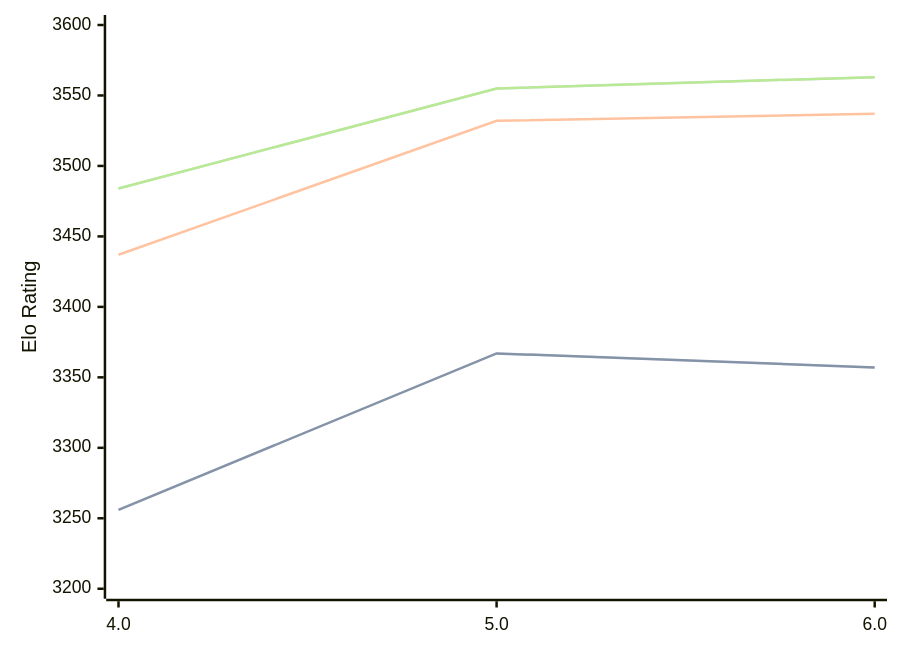
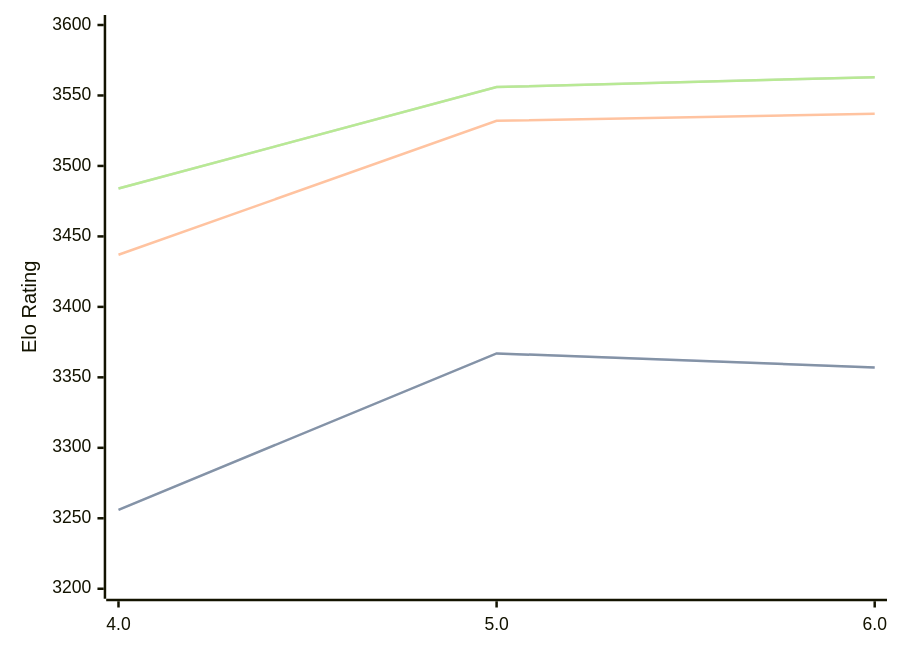
Before and after one commit to computer-chess-index/cci: the diagram in engines/Tarnished.md, drawn with Mermaid. The commit also changed other lines of this file, not shown here.

Commit message:
Update CCI Ratings (ELO VLTC) - 2026-09-09

````diff
--- a/engines/Tarnished.md
+++ b/engines/Tarnished.md
@@ -33,11 +33,11 @@
 ```mermaid
 %%{init: {"theme":"base","themeVariables":{"seriesColors:['#a3a3a3','#222221','#faa371']}}}%%
 xychart-beta
   x-axis ["4.0", "5.0", "6.0"]
   y-axis "Elo Rating" 3200 --> 3600
   line "" [3256, 3367, 3357]
   line "STC (8.0+0.08s)" [3256, 3367, 3357]
   line "LTC (60.0+0.60s)" [3437, 3532, 3537]
-  line "" [3484, 3555, 3563]
-  line "VLTC (2m24s+1.12s)" [3484, 3555, 3563]
+  line "" [3484, 3556, 3563]
+  line "VLTC (2m24s+1.12s)" [3484, 3556, 3563]
 ```
````
